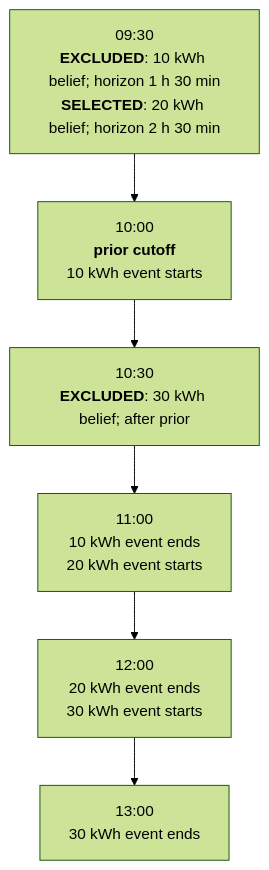
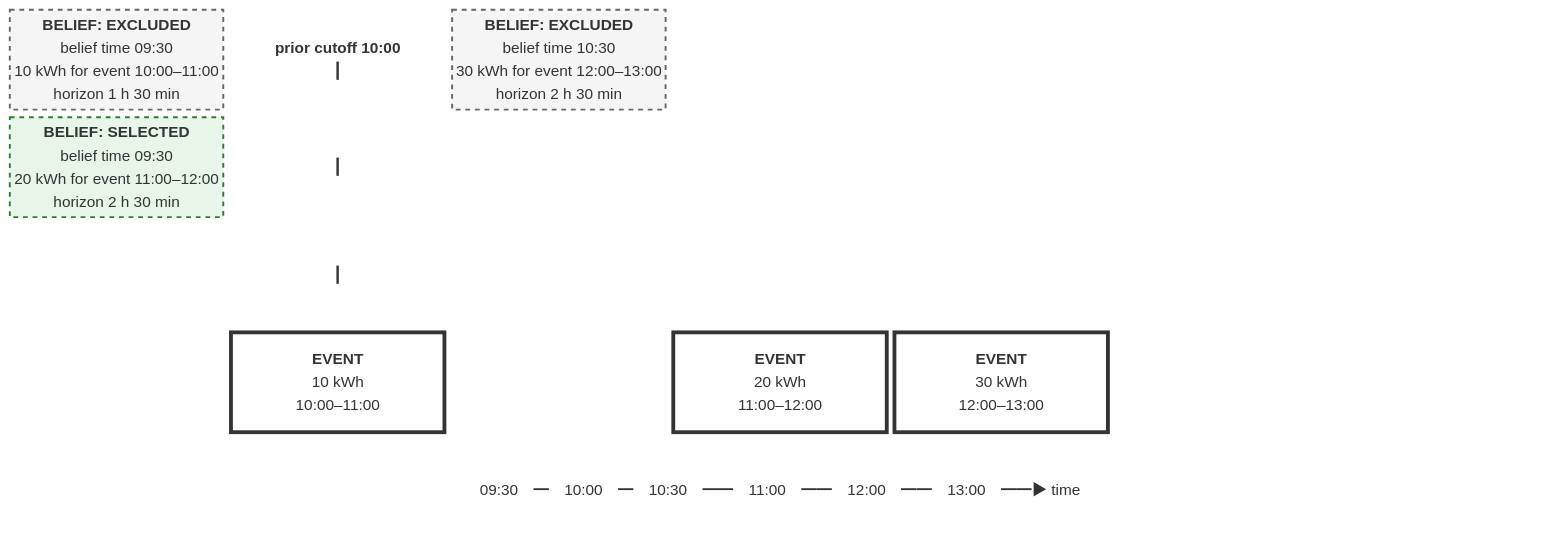
The second of 2 diagrams in documentation/concepts/time-series-and-beliefs.rst (FlexMeasures/flexmeasures), drawn with Mermaid (forest theme) before and after one commit. The commit also changed other lines of this file, not shown here.

Commit message:
docs: redesign belief query timeline

```diff
--- a/documentation/concepts/time-series-and-beliefs.rst
+++ b/documentation/concepts/time-series-and-beliefs.rst
@@ -143,10 +144,20 @@
 .. mermaid::
 
-   flowchart TB
-       T0930["09:30<br/><b>EXCLUDED</b>: 10 kWh belief; horizon 1 h 30 min<br/><b>SELECTED</b>: 20 kWh belief; horizon 2 h 30 min"]
-       T1000["10:00<br/><b>prior cutoff</b><br/>10 kWh event starts"]
-       T1030["10:30<br/><b>EXCLUDED</b>: 30 kWh belief; after prior"]
-       T1100["11:00<br/>10 kWh event ends<br/>20 kWh event starts"]
-       T1200["12:00<br/>20 kWh event ends<br/>30 kWh event starts"]
-       T1300["13:00<br/>30 kWh event ends"]
-       T0930 --> T1000 --> T1030 --> T1100 --> T1200 --> T1300
+   block-beta
+       columns 7
+       B10["<b>BELIEF: EXCLUDED</b><br/>belief time 09:30<br/>10 kWh for event 10:00–11:00<br/>horizon 1 h 30 min"] PRIOR1["<b>prior cutoff 10:00</b><br/>┃"] B30["<b>BELIEF: EXCLUDED</b><br/>belief time 10:30<br/>30 kWh for event 12:00–13:00<br/>horizon 2 h 30 min"] space:4
+       B20["<b>BELIEF: SELECTED</b><br/>belief time 09:30<br/>20 kWh for event 11:00–12:00<br/>horizon 2 h 30 min"] PRIOR2["┃"] space:5
+       space PRIOR3["┃"] space:5
+       space E10["<b>EVENT</b><br/>10 kWh<br/>10:00–11:00"] space E20["<b>EVENT</b><br/>20 kWh<br/>11:00–12:00"] E30["<b>EVENT</b><br/>30 kWh<br/>12:00–13:00"] space:2
+       AXIS["09:30　━　10:00　━　10:30　━━　11:00　━━　12:00　━━　13:00　━━▶ time"]:7
+
+       classDef excludedBelief fill:#f5f5f5,stroke:#666,stroke-width:2px,stroke-dasharray:5 5
+       classDef selectedBelief fill:#e8f5e9,stroke:#2e7d32,stroke-width:2px,stroke-dasharray:5 5
+       classDef event fill:#fff,stroke:#333,stroke-width:4px
+       classDef cutoff fill:transparent,stroke:transparent
+       classDef tick fill:transparent,stroke:transparent
+       class B10,B30 excludedBelief
+       class B20 selectedBelief
+       class E10,E20,E30 event
+       class PRIOR1,PRIOR2,PRIOR3 cutoff
+       class AXIS tick
```
